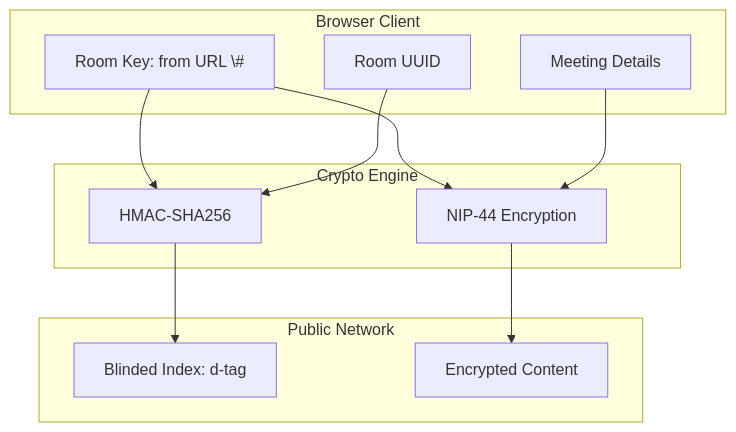
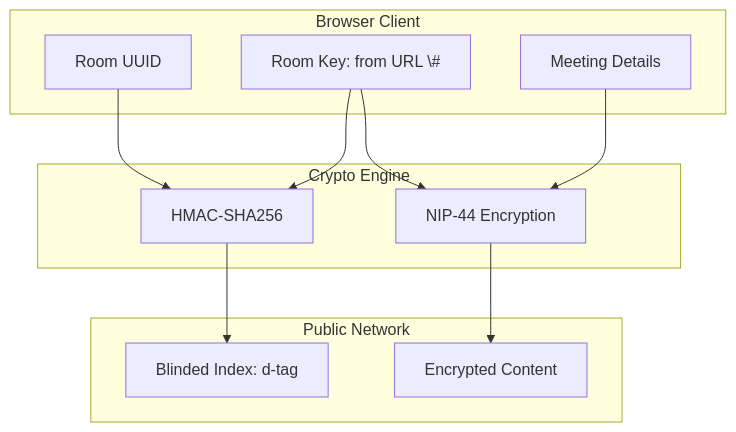
One commit to tani/openslots changed the second of 2 diagrams in README.md. Above: the diagram before and after it, drawn with Mermaid. The commit also changed other lines of this file and 2 other files, not shown here.

````diff
--- a/README.md
+++ b/README.md
@@ -230,26 +230,26 @@
 ```mermaid
 flowchart TD
     subgraph Client [Browser Client]
         RoomKey[Room Key: from URL \#]
         RoomID[Room UUID]
         Data[Meeting Details]
     end
 
     subgraph Crypto [Crypto Engine]
         HMAC[HMAC-SHA256]
         NIP44[NIP-44 Encryption]
     end
 
     subgraph Network [Public Network]
         Index[Blinded Index: d-tag]
         Payload[Encrypted Content]
     end
 
+    RoomID --> HMAC
     RoomKey --> HMAC
-    RoomID --> HMAC
     HMAC --> Index
 
     RoomKey --> NIP44
     Data --> NIP44
     NIP44 --> Payload
 ```
````
